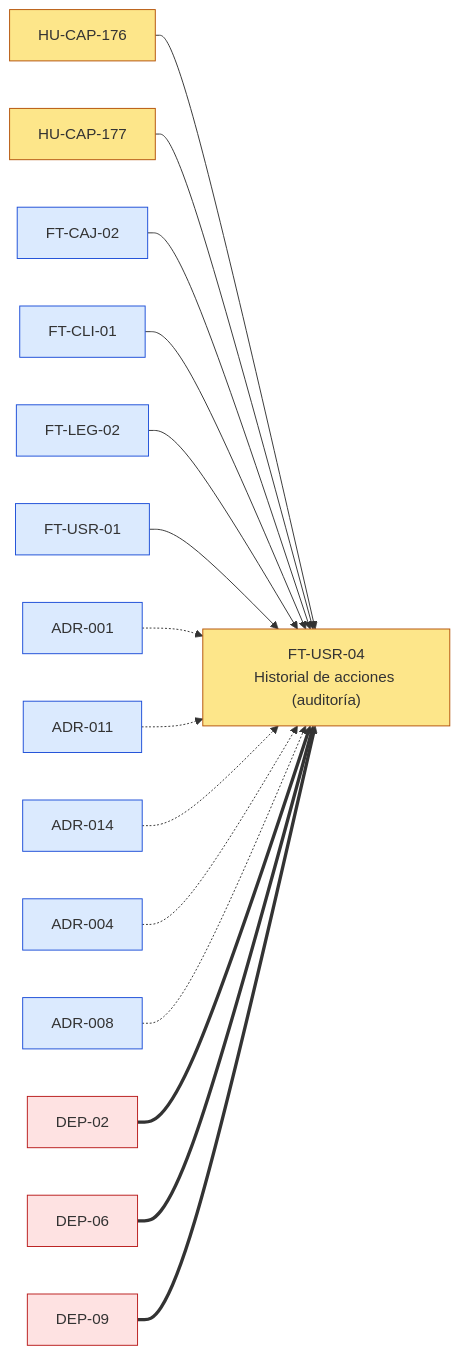
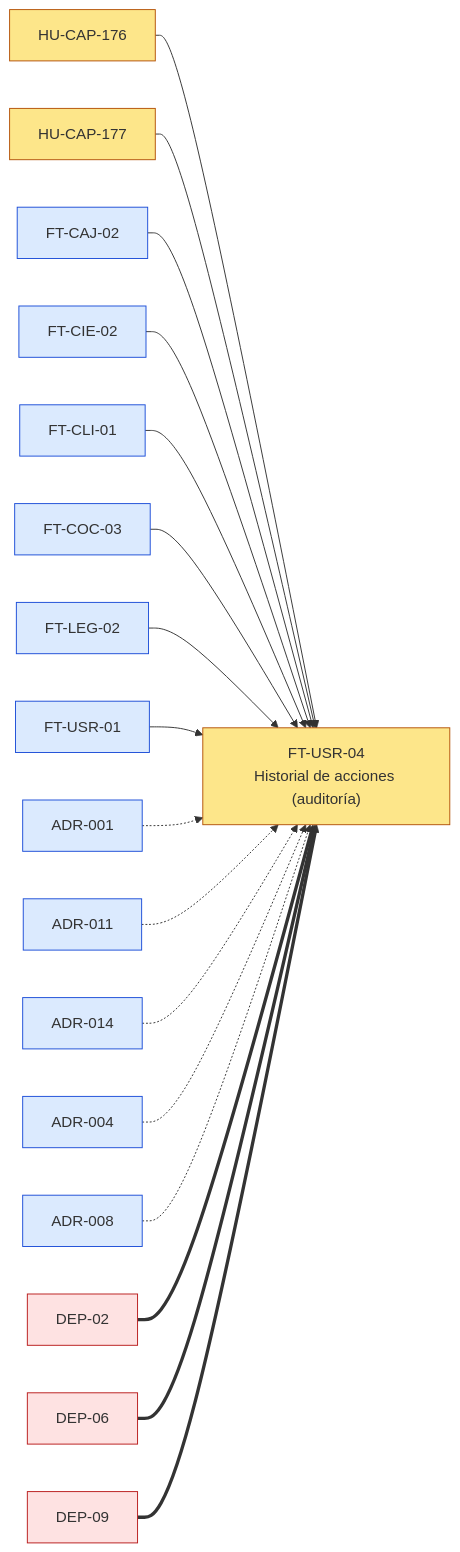
One commit to JoseEM26/caprichos changed the first of 5 diagrams in docs/dor/DOR-FT-USR-04-historial-de-acciones.md. Above: the diagram before and after it, drawn with Mermaid. The commit also changed other lines of this file and 208 other files, not shown here.

````diff
--- a/docs/dor/DOR-FT-USR-04-historial-de-acciones.md
+++ b/docs/dor/DOR-FT-USR-04-historial-de-acciones.md
@@ -51,21 +51,23 @@
 ```mermaid
 flowchart LR
   classDef evaluado fill:#fde68a,stroke:#b45309
   classDef interna fill:#dbeafe,stroke:#1d4ed8
   classDef externa fill:#fee2e2,stroke:#b91c1c
   FT_USR_04["FT-USR-04<br>Historial de acciones (auditoría)"]:::evaluado
   HU_CAP_176["HU-CAP-176"]:::evaluado --> FT_USR_04
   HU_CAP_177["HU-CAP-177"]:::evaluado --> FT_USR_04
   FT_CAJ_02["FT-CAJ-02"]:::interna --> FT_USR_04
+  FT_CIE_02["FT-CIE-02"]:::interna --> FT_USR_04
   FT_CLI_01["FT-CLI-01"]:::interna --> FT_USR_04
+  FT_COC_03["FT-COC-03"]:::interna --> FT_USR_04
   FT_LEG_02["FT-LEG-02"]:::interna --> FT_USR_04
   FT_USR_01["FT-USR-01"]:::interna --> FT_USR_04
   ADR_001["ADR-001"]:::interna -.-> FT_USR_04
   ADR_011["ADR-011"]:::interna -.-> FT_USR_04
   ADR_014["ADR-014"]:::interna -.-> FT_USR_04
   ADR_004["ADR-004"]:::interna -.-> FT_USR_04
   ADR_008["ADR-008"]:::interna -.-> FT_USR_04
   DEP_02["DEP-02"]:::externa ==> FT_USR_04
   DEP_06["DEP-06"]:::externa ==> FT_USR_04
   DEP_09["DEP-09"]:::externa ==> FT_USR_04
 ```
````
